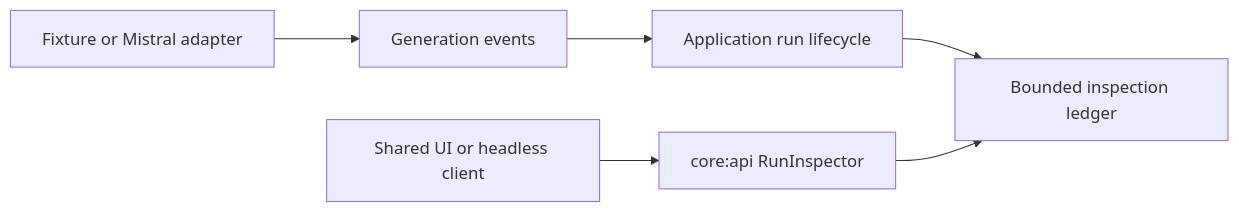
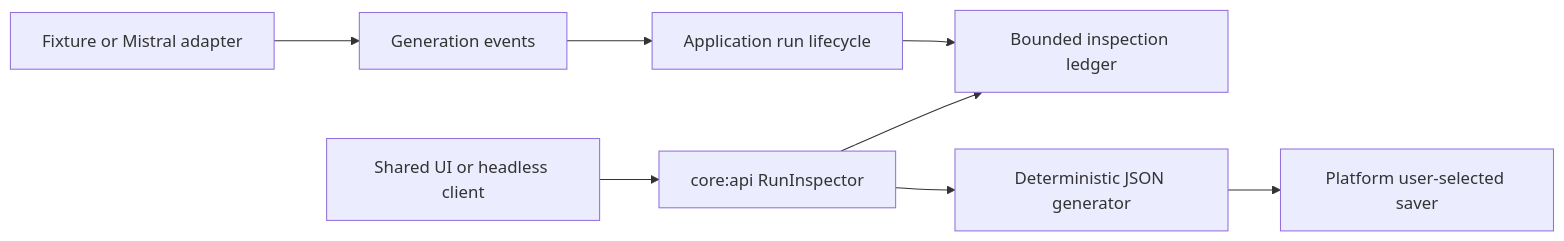
Before and after one commit to artemidius/blowhard: the diagram in docs/architecture/run-inspection.md, drawn with Mermaid. The commit also changed other lines of this file and 4 other files, not shown here.

````diff
--- a/docs/architecture/run-inspection.md
+++ b/docs/architecture/run-inspection.md
@@ -7,8 +7,10 @@
 ```mermaid
 flowchart LR
     Provider[Fixture or Mistral adapter] --> Events[Generation events]
     Events --> Runs[Application run lifecycle]
     Runs --> Ledger[Bounded inspection ledger]
     Client[Shared UI or headless client] --> Inspector[core:api RunInspector]
     Inspector --> Ledger
+    Inspector --> Generator[Deterministic JSON generator]
+    Generator --> Saver[Platform user-selected saver]
 ```
````
